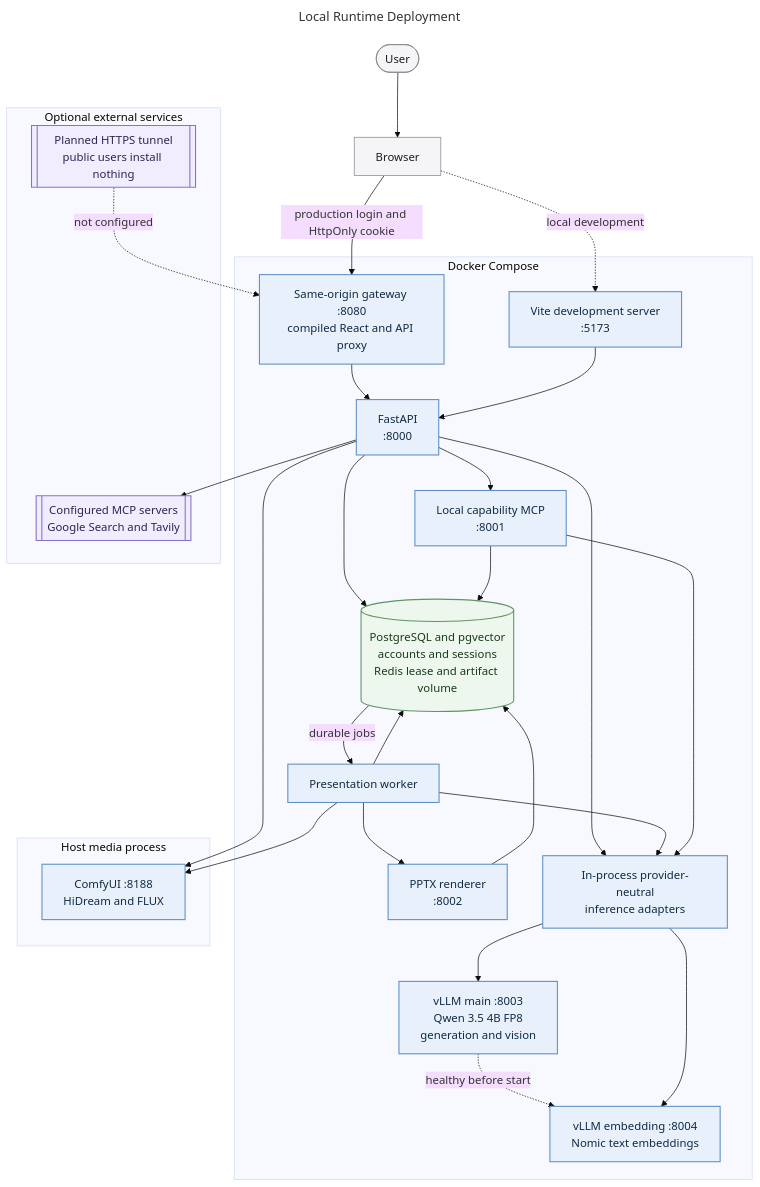
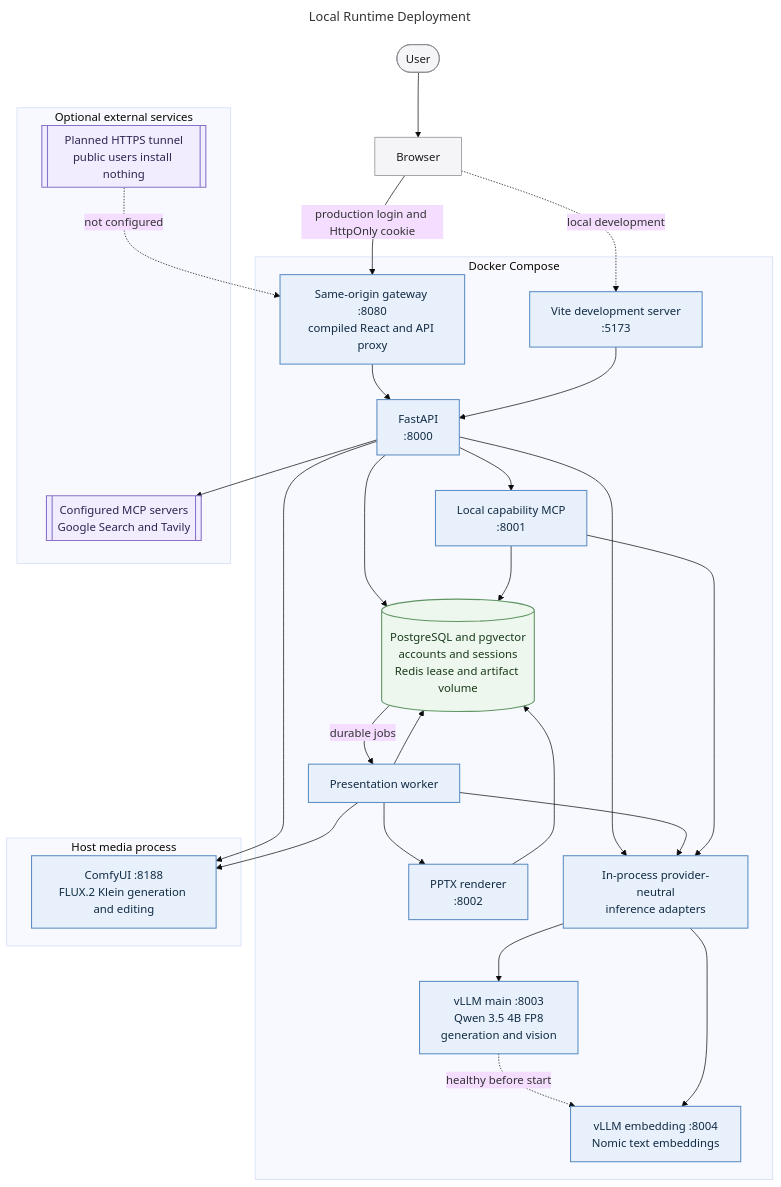
One commit to MallyaAni/PersonalAssistant changed the diagram in docs/diagrams/runtime-deployment.mmd. Above: the diagram before and after it, drawn with Mermaid (base theme). The commit also changed 47 other files, not shown here.

```diff
--- a/docs/diagrams/runtime-deployment.mmd
+++ b/docs/diagrams/runtime-deployment.mmd
@@ -1,59 +1,59 @@
 ---
 title: Local Runtime Deployment
 ---
 flowchart TB
     User([User]) --> Browser[Browser]
 
     subgraph Compose[Docker Compose]
         Gateway[Same-origin gateway :8080<br/>compiled React and API proxy]
         Frontend[Vite development server<br/>:5173]
         Backend[FastAPI<br/>:8000]
         Worker[Presentation worker]
         MCP[Local capability MCP<br/>:8001]
         Renderer[PPTX renderer<br/>:8002]
         Adapters[In-process provider-neutral<br/>inference adapters]
         VLLMMain[vLLM main :8003<br/>Qwen 3.5 4B FP8<br/>generation and vision]
         VLLMEmbed[vLLM embedding :8004<br/>Nomic text embeddings]
         Stores[(PostgreSQL and pgvector<br/>accounts and sessions<br/>Redis lease and artifact volume)]
         VLLMMain -.->|healthy before start| VLLMEmbed
     end
 
     subgraph Host[Host media process]
-        ComfyUI[ComfyUI :8188<br/>HiDream and FLUX]
+        ComfyUI[ComfyUI :8188<br/>FLUX.2 Klein generation and editing]
     end
 
     subgraph External[Optional external services]
         Integrations[[Configured MCP servers<br/>Google Search and Tavily]]
         PublicEdge[[Planned HTTPS tunnel<br/>public users install nothing]]
     end
 
     PublicEdge -.->|not configured| Gateway
     Browser -->|production login and HttpOnly cookie| Gateway
     Browser -.->|local development| Frontend
     Gateway --> Backend
     Frontend --> Backend
     Backend --> Stores
     Backend --> Adapters
     Backend --> ComfyUI
     Backend --> MCP
     Backend --> Integrations
 
     Stores -->|durable jobs| Worker
     Worker --> Stores
     Worker --> Adapters
     Worker --> ComfyUI
     Worker --> Renderer
     Renderer --> Stores
     MCP --> Stores
     MCP --> Adapters
     Adapters --> VLLMMain
     Adapters --> VLLMEmbed
 
     classDef user fill:#f5f5f7,stroke:#86868b,color:#1d1d1f;
     classDef process fill:#e8f1fb,stroke:#5e8fc4,color:#102a43,stroke-width:1.5px;
     classDef data fill:#eef7ee,stroke:#5f9562,color:#183b1b,stroke-width:1.5px;
     classDef external fill:#f1edff,stroke:#8872c6,color:#2e2450,stroke-width:1.5px;
     class User,Browser user;
     class Gateway,Frontend,Backend,Worker,MCP,Renderer,Adapters,VLLMMain,VLLMEmbed,ComfyUI process;
     class Stores data;
     class Integrations,PublicEdge external;
```
